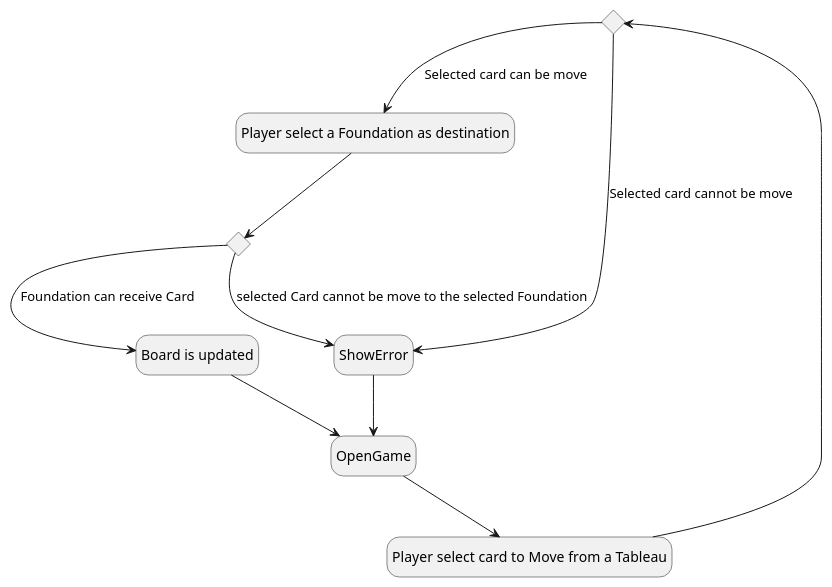
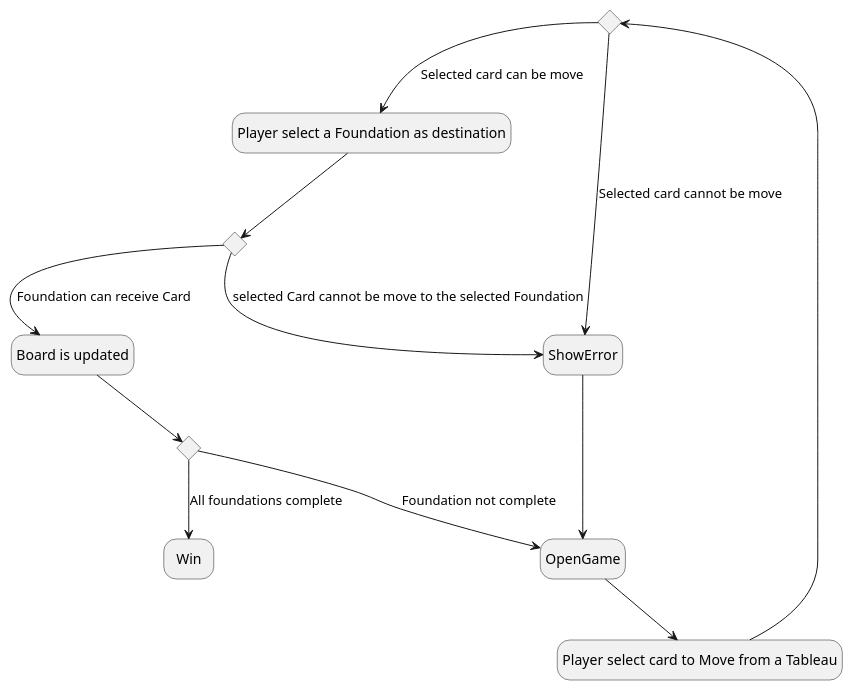
The seventh of 15 diagrams in docs/UseCases.plantuml (Troteaga/klondike), drawn with PlantUML before and after one commit.

```diff
--- a/docs/UseCases.plantuml
+++ b/docs/UseCases.plantuml
@@ -85,20 +85,23 @@
-@startuml States Player Moves Card From Tableau to Foundation
+@startuml
 state choice1 <<choice>> 
-state choice2 <<choice>> 
+state choice2 <<choice>>
+state choice3 <<choice>> 
 
 hide empty description 
 state "Player select card to Move from a Tableau" as 1
 state "Player select a Foundation as destination" as 2
 state "Board is updated" as 3
 OpenGame --> 1
 
 1 --> choice1
 choice1 --> 2: Selected card can be move
 choice1 --> ShowError : Selected card cannot be move
 
 2-down-> choice2
 choice2 --> ShowError : selected Card cannot be move to the selected Foundation
 choice2 --> 3: Foundation can receive Card
-3--> OpenGame
+3--> choice3
+choice3 --> Win: All foundations complete
+choice3 --> OpenGame: Foundation not complete
 ShowError --> OpenGame
 @enduml
```
